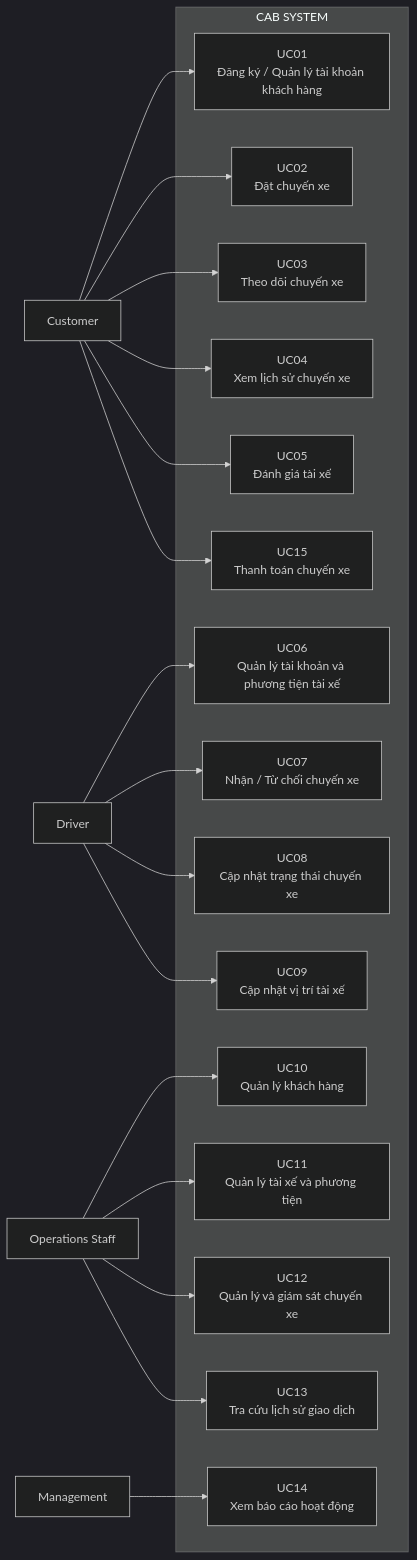
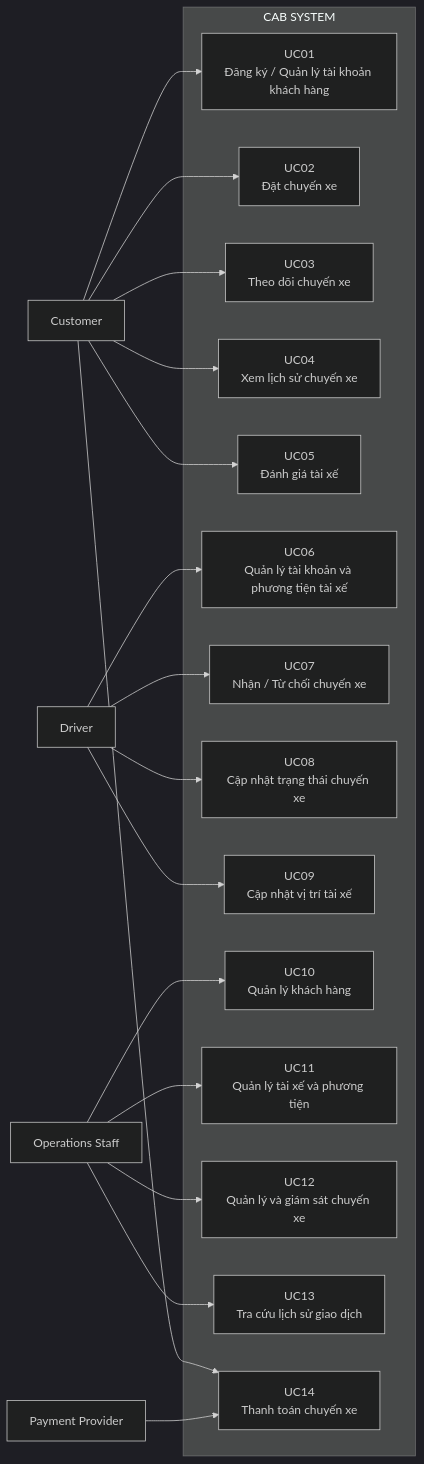
The third of 3 diagrams in srs.md (ANNGUYENPHUCHAU/23644611_AnNguyenPhucHau_CABSYSTEMS), drawn with Mermaid (dark theme) before and after one commit. The commit also changed other lines of this file, not shown here.

````diff
--- a/srs.md
+++ b/srs.md
@@ -394,45 +531,48 @@
 ```mermaid
 flowchart LR
 
     Customer["Customer"]
     Driver["Driver"]
     Staff["Operations Staff"]
-    Management["Management"]
+    PaymentProvider["Payment Provider"]
 
     subgraph CAB["CAB SYSTEM"]
+
         UC01["UC01<br/>Đăng ký / Quản lý tài khoản khách hàng"]
         UC02["UC02<br/>Đặt chuyến xe"]
         UC03["UC03<br/>Theo dõi chuyến xe"]
         UC04["UC04<br/>Xem lịch sử chuyến xe"]
         UC05["UC05<br/>Đánh giá tài xế"]
+
         UC06["UC06<br/>Quản lý tài khoản và phương tiện tài xế"]
         UC07["UC07<br/>Nhận / Từ chối chuyến xe"]
         UC08["UC08<br/>Cập nhật trạng thái chuyến xe"]
         UC09["UC09<br/>Cập nhật vị trí tài xế"]
+
         UC10["UC10<br/>Quản lý khách hàng"]
         UC11["UC11<br/>Quản lý tài xế và phương tiện"]
         UC12["UC12<br/>Quản lý và giám sát chuyến xe"]
         UC13["UC13<br/>Tra cứu lịch sử giao dịch"]
-        UC14["UC14<br/>Xem báo cáo hoạt động"]
-        UC15["UC15<br/>Thanh toán chuyến xe"]
+
+        UC14["UC14<br/>Thanh toán chuyến xe"]
     end
 
     Customer --> UC01
     Customer --> UC02
     Customer --> UC03
     Customer --> UC04
     Customer --> UC05
-    Customer --> UC15
+    Customer --> UC14
 
     Driver --> UC06
     Driver --> UC07
     Driver --> UC08
     Driver --> UC09
 
     Staff --> UC10
     Staff --> UC11
     Staff --> UC12
     Staff --> UC13
 
-    Management --> UC14
+    PaymentProvider --> UC14
 ```
````
